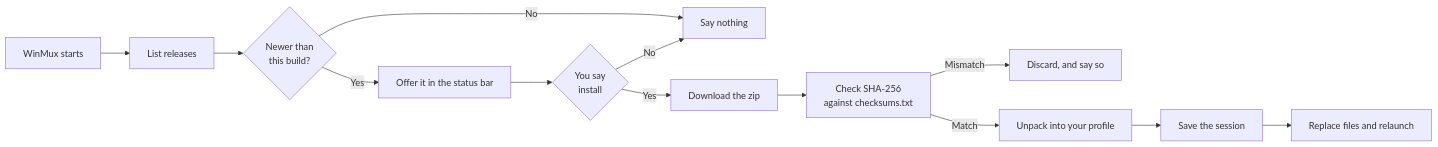
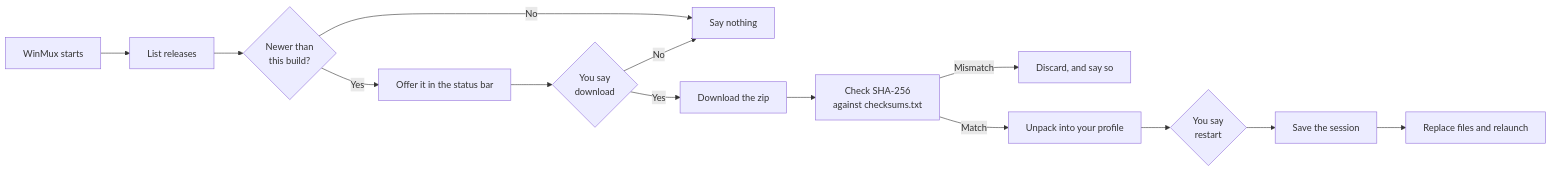
The diagram in docs/src/content/docs/updates.mdx (rennerdo30/winmux), drawn with Mermaid before and after one commit. The commit also changed other lines of this file and 27 other files, not shown here.

````diff
--- a/docs/src/content/docs/updates.mdx
+++ b/docs/src/content/docs/updates.mdx
@@ -13,15 +18,16 @@
 ```mermaid
 graph LR
     A[WinMux starts] --> B[List releases]
     B --> C{Newer than<br/>this build?}
     C -->|No| D[Say nothing]
     C -->|Yes| E[Offer it in the status bar]
-    E --> F{You say<br/>install}
+    E --> F{You say<br/>download}
     F -->|No| D
     F -->|Yes| G[Download the zip]
     G --> H[Check SHA-256<br/>against checksums.txt]
     H -->|Mismatch| I[Discard, and say so]
     H -->|Match| J[Unpack into your profile]
-    J --> K[Save the session]
+    J --> R{You say<br/>restart}
+    R --> K[Save the session]
     K --> L[Replace files and relaunch]
 ```
````
